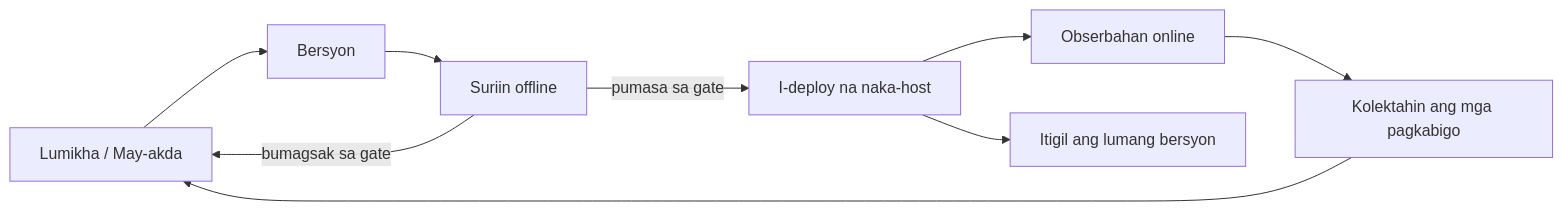
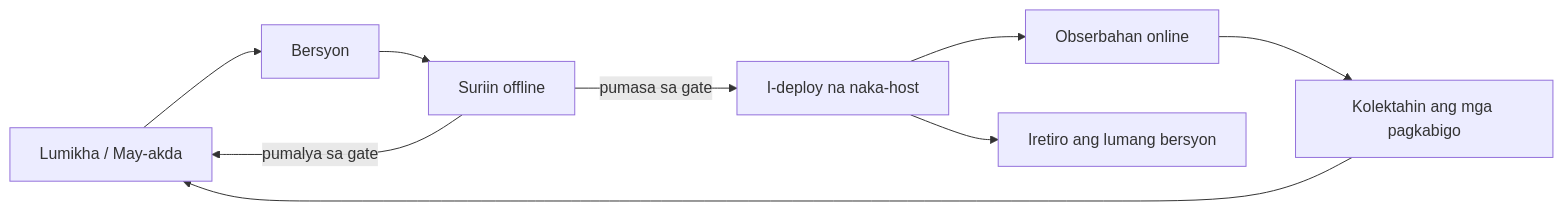
One commit to microsoft/ai-agents-for-beginners changed the second of 4 diagrams in translations/tl/16-deploying-scalable-agents/README.md. Above: the diagram before and after it, drawn with Mermaid. The commit also changed other lines of this file and 46 other files, not shown here.

````diff
--- a/translations/tl/16-deploying-scalable-agents/README.md
+++ b/translations/tl/16-deploying-scalable-agents/README.md
@@ -108,11 +108,11 @@
 ```mermaid
 flowchart LR
     Create[Lumikha / May-akda] --> Version[Bersyon]
     Version --> Evaluate[Suriin offline]
     Evaluate -->|pumasa sa gate| Deploy[I-deploy na naka-host]
-    Evaluate -->|bumagsak sa gate| Create
+    Evaluate -->|pumalya sa gate| Create
     Deploy --> Observe[Obserbahan online]
     Observe --> Improve[Kolektahin ang mga pagkabigo]
     Improve --> Create
-    Deploy --> Retire[Itigil ang lumang bersyon]
+    Deploy --> Retire[Iretiro ang lumang bersyon]
 ```
````
